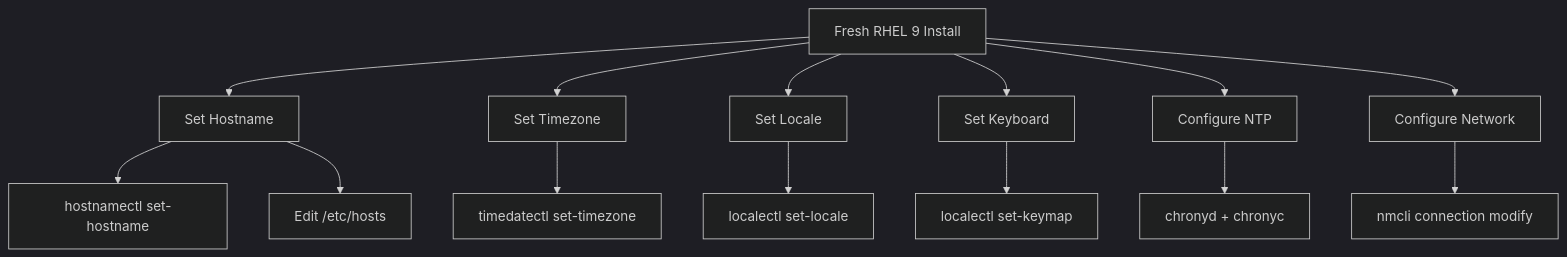
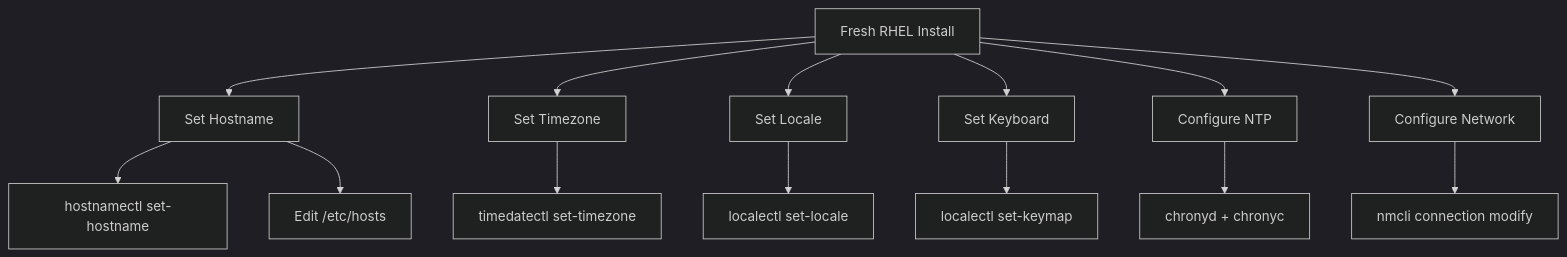
The diagram in posts/2026-03-04-configure-basic-system-settings-rhel-9/README.md (OneUptime/blog), drawn with Mermaid (dark theme) before and after one commit. The commit also changed other lines of this file and 4866 other files, not shown here.

````diff
--- a/posts/2026-03-04-configure-basic-system-settings-rhel-9/README.md
+++ b/posts/2026-03-04-configure-basic-system-settings-rhel-9/README.md
@@ -179,17 +179,17 @@
 ```mermaid
 flowchart TD
-    A[Fresh RHEL 9 Install] --> B[Set Hostname]
+    A[Fresh RHEL Install] --> B[Set Hostname]
     A --> C[Set Timezone]
     A --> D[Set Locale]
     A --> E[Set Keyboard]
     A --> F[Configure NTP]
     A --> G[Configure Network]
 
     B --> B1[hostnamectl set-hostname]
     B --> B2[Edit /etc/hosts]
     C --> C1[timedatectl set-timezone]
     D --> D1[localectl set-locale]
     E --> E1[localectl set-keymap]
     F --> F1[chronyd + chronyc]
     G --> G1[nmcli connection modify]
 ```
````
